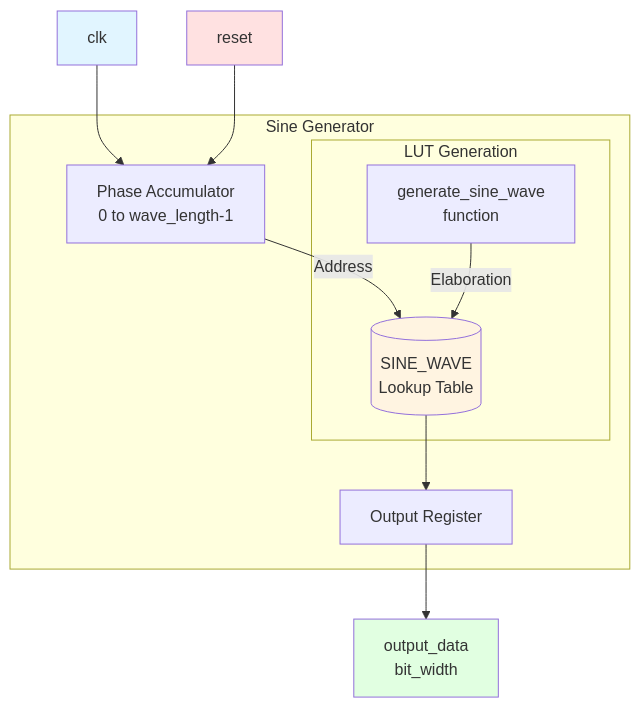
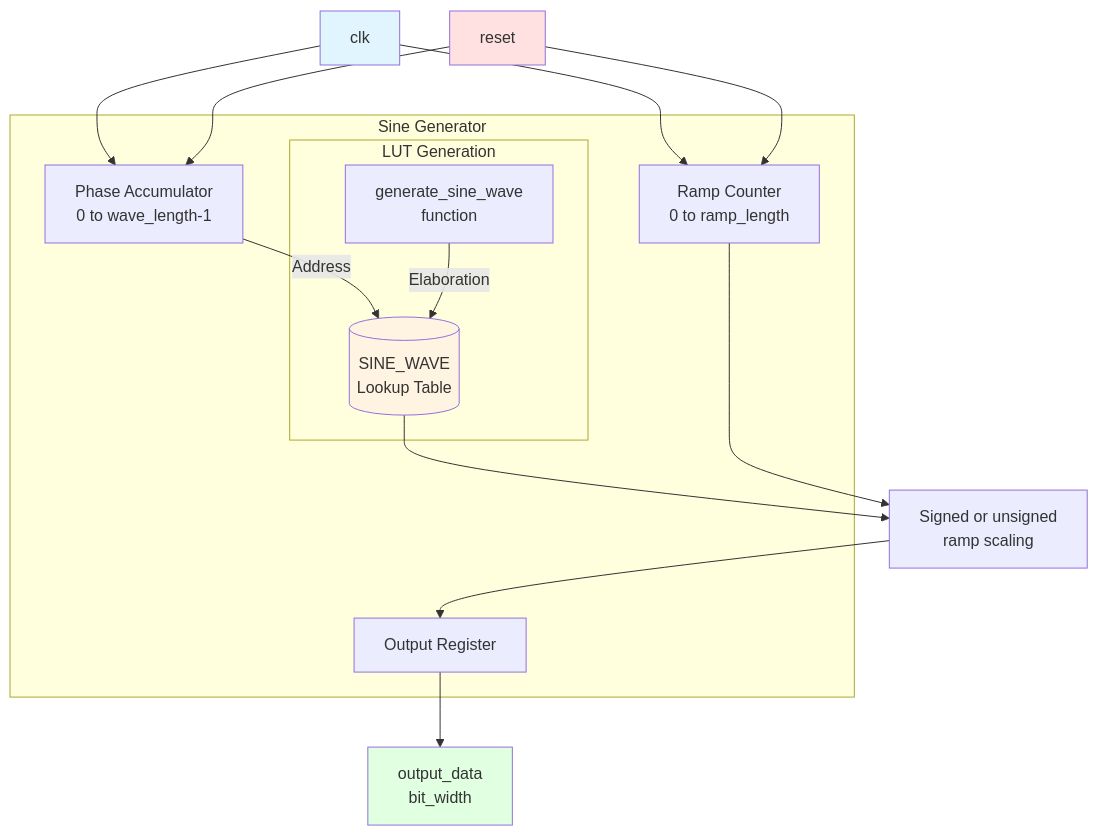
Before and after one commit to ekazakov1507/pwm_demo: the second of 11 diagrams in docs/src/signal_chain/README.md, drawn with Mermaid. The commit also changed other lines of this file and 10 other files, not shown here.

````diff
--- a/docs/src/signal_chain/README.md
+++ b/docs/src/signal_chain/README.md
@@ -49,30 +49,35 @@
 ```mermaid
 graph TB
     CLK[clk]
     RST[reset]
 
     subgraph "Sine Generator"
         INDEX[Phase Accumulator<br/>0 to wave_length-1]
+        RAMP_COUNT[Ramp Counter<br/>0 to ramp_length]
         
         subgraph "LUT Generation"
             FUNC[generate_sine_wave<br/>function]
             LUT[(SINE_WAVE<br/>Lookup Table)]
         end
 
         OUTPUT[Output Register]
     end
 
     OUTPUT_DATA[output_data<br/>bit_width]
 
     CLK --> INDEX
+    CLK --> RAMP_COUNT
     RST --> INDEX
+    RST --> RAMP_COUNT
     INDEX -->|Address| LUT
     FUNC -->|Elaboration| LUT
-    LUT --> OUTPUT
+    LUT --> RAMP[Signed or unsigned<br/>ramp scaling]
+    RAMP_COUNT --> RAMP
+    RAMP --> OUTPUT
     OUTPUT --> OUTPUT_DATA
 
     style CLK fill:#e1f5ff
     style RST fill:#ffe1e1
     style OUTPUT_DATA fill:#e1ffe1
     style LUT fill:#fff4e1
 ```
````
